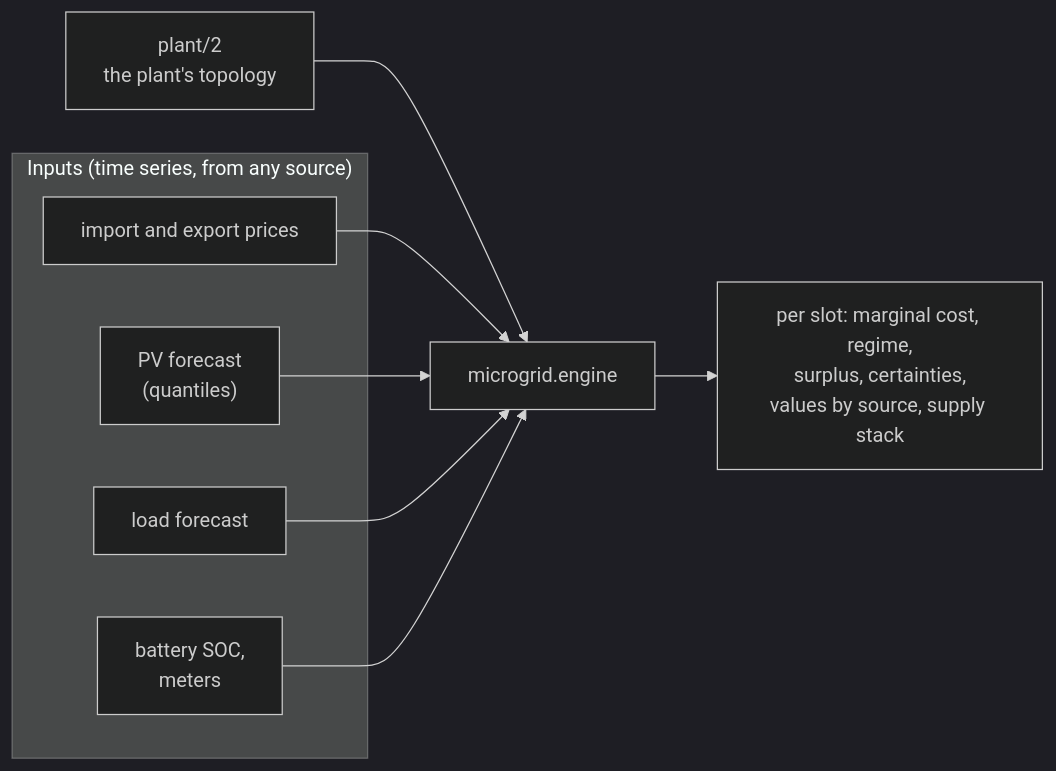
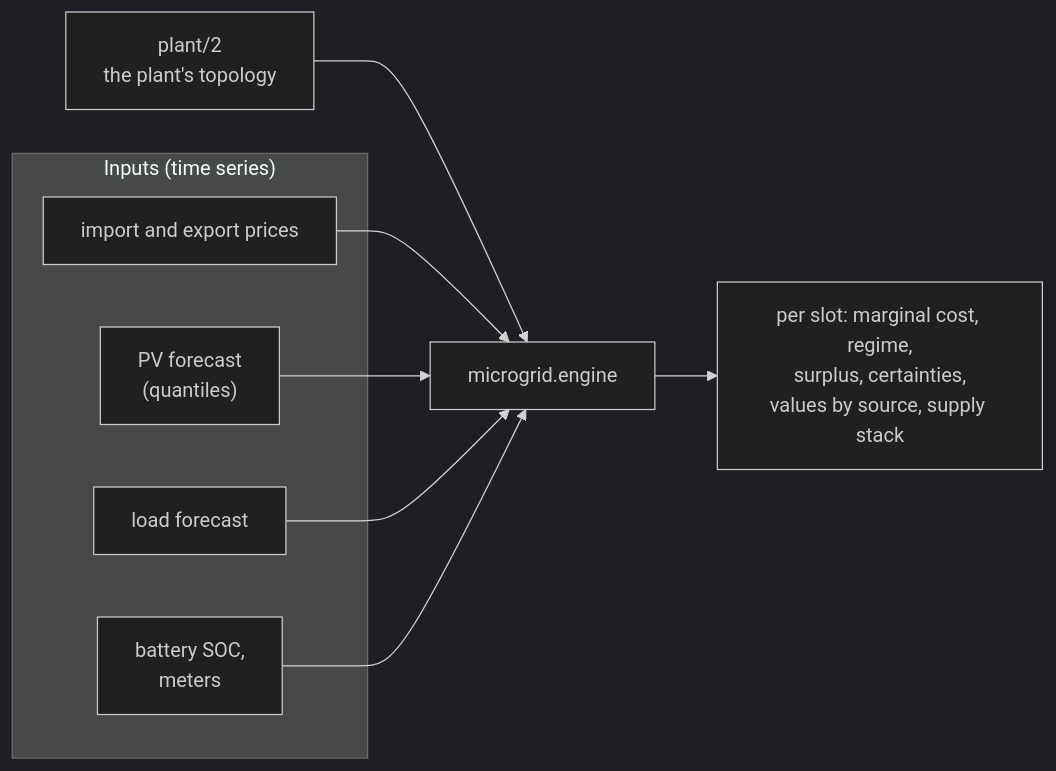
The diagram in docs/index.md (eman/microgrid), drawn with Mermaid (dark theme) before and after one commit. The commit also changed other lines of this file and 44 other files, not shown here.

````diff
--- a/docs/index.md
+++ b/docs/index.md
@@ -10,15 +10,15 @@
 ```mermaid
 flowchart LR
-    subgraph in["Inputs (time series, from any source)"]
+    subgraph in["Inputs (time series)"]
         prices["import and export prices"]
         pv["PV forecast<br/>(quantiles)"]
         load["load forecast"]
         soc["battery SOC,<br/>meters"]
     end
     plant["plant/2<br/>the plant's topology"] --> engine
     prices --> engine["microgrid.engine"]
     pv --> engine
     load --> engine
     soc --> engine
     engine --> out["per slot: marginal cost, regime,<br/>surplus, certainties,<br/>values by source, supply stack"]
 ```
````
